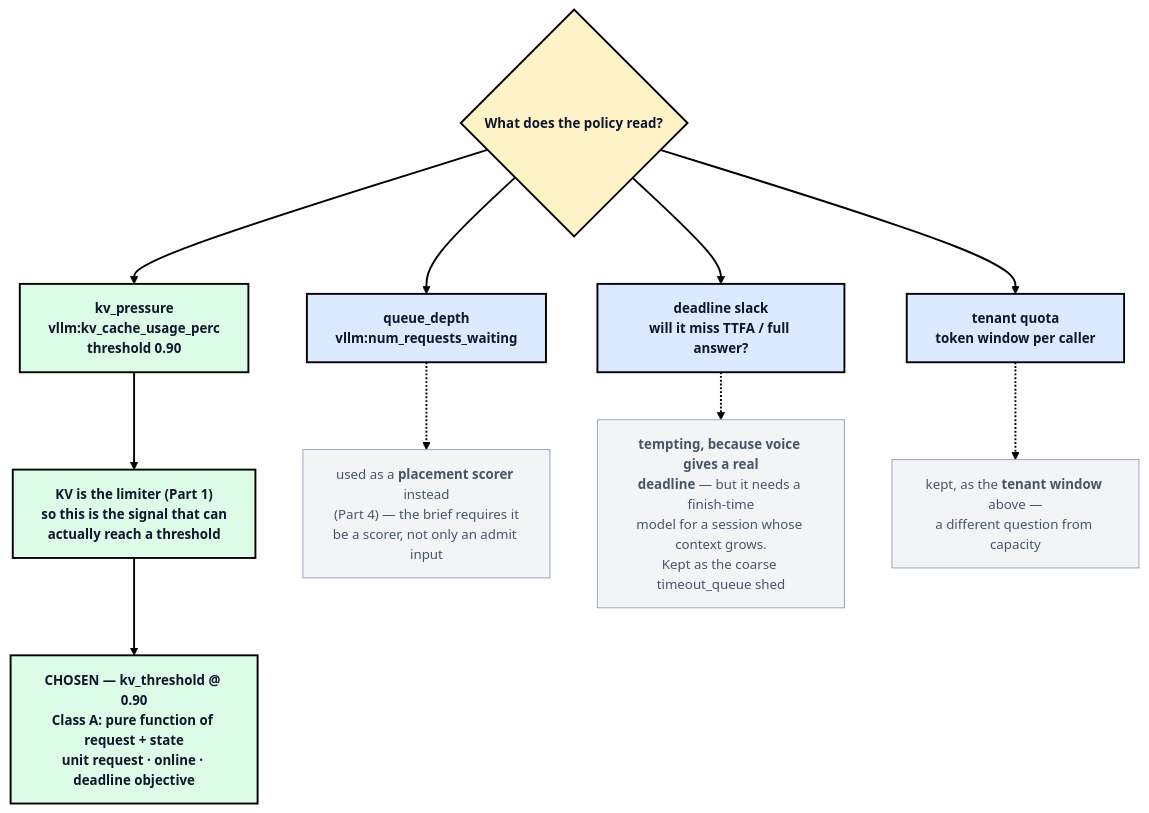
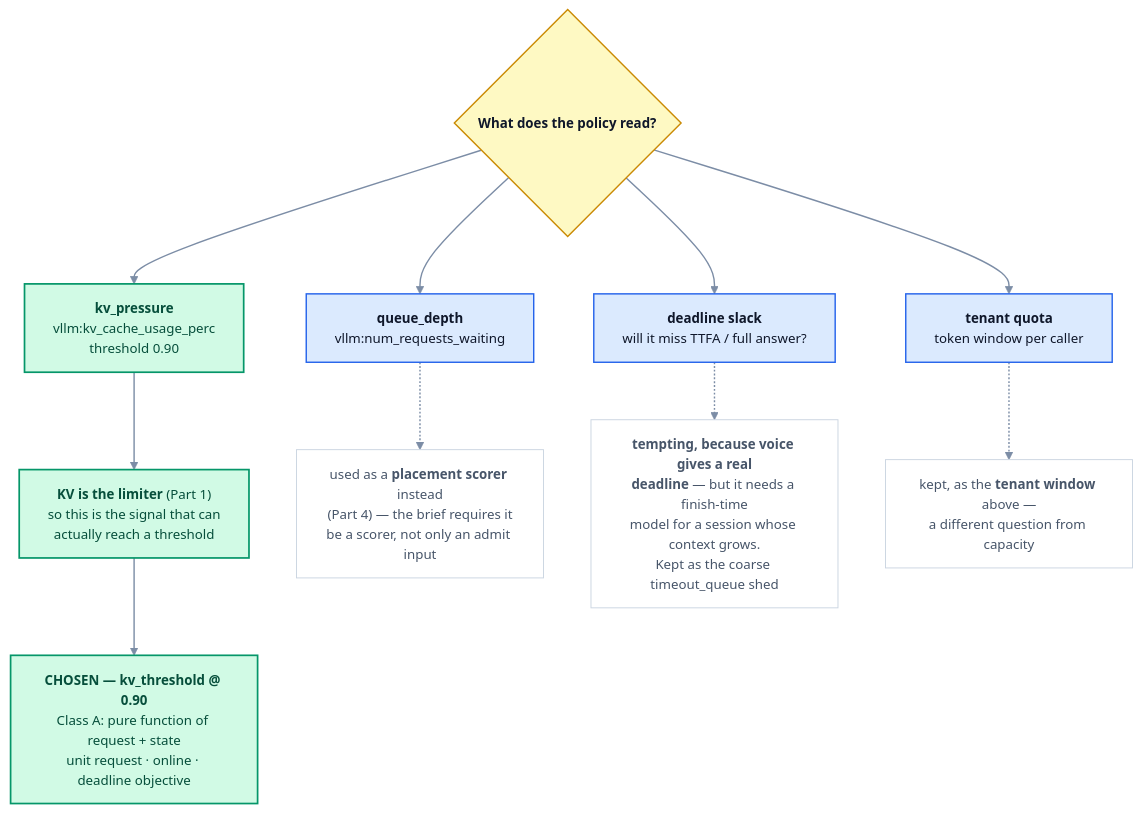
Before and after one commit to harshuljain13/Dodona: the fifth of 7 diagrams in SUBMISSION.md, drawn with Mermaid. The commit also changed other lines of this file and 15 other files, not shown here.

````diff
--- a/SUBMISSION.md
+++ b/SUBMISSION.md
@@ -543,32 +604,51 @@
 ```mermaid
-%%{init: {'theme':'base','themeVariables':{'fontFamily':'Inter, Segoe UI, Helvetica Neue, Arial, sans-serif','fontSize':'14px','lineColor':'#000000','clusterBkg':'#ffffff','clusterBorder':'#94a3b8'}}}%%
+%%{init: {'theme':'base','themeVariables':{
+  'fontFamily':'ui-sans-serif, -apple-system, Segoe UI, Inter, Helvetica, Arial, sans-serif','fontSize':'14px',
+  'primaryColor':'#eff6ff','primaryTextColor':'#0f172a','primaryBorderColor':'#94a3b8',
+  'secondaryColor':'#f1f5f9','tertiaryColor':'#f8fafc',
+  'lineColor':'#7c8da6','textColor':'#1e293b',
+  'clusterBkg':'#f8fafc','clusterBorder':'#cbd5e1',
+  'edgeLabelBackground':'#ffffff','nodeBorder':'#94a3b8'
+}}}%%
 flowchart TD
     S{"<b>What does the policy read?</b>"}
     KV["<b>kv_pressure</b><br/>vllm:kv_cache_usage_perc<br/>threshold 0.90"]
     QD["<b>queue_depth</b><br/>vllm:num_requests_waiting"]
     DL["<b>deadline slack</b><br/>will it miss TTFA / full answer?"]
     TQ["<b>tenant quota</b><br/>token window per caller"]
 
     KVY["<b>KV is the limiter</b> (Part 1)<br/>so this is the signal that can<br/>actually reach a threshold"]
     QDX["used as a <b>placement scorer</b> instead<br/>(Part 4) — the brief requires it<br/>be a scorer, not only an admit input"]
     DLX["<b>tempting, because voice gives a real<br/>deadline</b> — but it needs a finish-time<br/>model for a session whose context grows.<br/>Kept as the coarse timeout_queue shed"]
     TQX["kept, as the <b>tenant window</b> above —<br/>a different question from capacity"]
 
     FIN["<b>CHOSEN — kv_threshold @ 0.90</b><br/>Class A: pure function of request + state<br/>unit request · online · deadline objective"]
 
     S --> KV & QD & DL & TQ
     KV --> KVY ==> FIN
     QD -.-> QDX
     DL -.-> DLX
     TQ -.-> TQX
 
     class KV,KVY,FIN pick
     class S gate
     class QD,TQ,DL alt
     class QDX,DLX,TQX note
-    classDef pick fill:#dcfce7,stroke:#000000,stroke-width:2px,color:#0f172a,font-weight:bold
-    classDef gate fill:#fef3c7,stroke:#000000,stroke-width:2px,color:#0f172a,font-weight:bold
-    classDef alt fill:#dbeafe,stroke:#000000,stroke-width:2px,color:#0f172a,font-weight:bold
-    classDef note fill:#f3f4f6,stroke:#94a3b8,stroke-width:1px,color:#475569
-    linkStyle default stroke:#000000,stroke-width:2px
+
+    classDef primary   fill:#dbeafe,stroke:#2563eb,stroke-width:1.5px,color:#0f172a
+    classDef secondary fill:#d1fae5,stroke:#059669,stroke-width:1.5px,color:#0f172a
+    classDef accent    fill:#ede9fe,stroke:#7c3aed,stroke-width:1.5px,color:#0f172a
+    classDef decision  fill:#fef9c3,stroke:#ca8a04,stroke-width:1.5px,color:#0f172a
+    classDef gate      fill:#fef9c3,stroke:#ca8a04,stroke-width:1.5px,color:#0f172a
+    classDef data      fill:#ffedd5,stroke:#ea580c,stroke-width:1.5px,color:#0f172a
+    classDef neutral   fill:#f1f5f9,stroke:#64748b,stroke-width:1.5px,color:#0f172a
+    classDef success   fill:#ccfbf1,stroke:#0d9488,stroke-width:1.5px,color:#0f172a
+    classDef out       fill:#ccfbf1,stroke:#0d9488,stroke-width:1.5px,color:#0f172a
+    classDef input     fill:#fce7f3,stroke:#db2777,stroke-width:1.5px,color:#0f172a
+    classDef highlight fill:#e0e7ff,stroke:#4f46e5,stroke-width:1.5px,color:#0f172a
+    classDef pick      fill:#d1fae5,stroke:#059669,stroke-width:1.8px,color:#064e3b
+    classDef alt       fill:#dbeafe,stroke:#2563eb,stroke-width:1.5px,color:#0f172a
+    classDef dead      fill:#fee2e2,stroke:#dc2626,stroke-width:1.5px,color:#7f1d1d
+    classDef note      fill:#ffffff,stroke:#cbd5e1,stroke-width:1px,color:#475569
+    linkStyle default stroke:#7c8da6,stroke-width:1.5px
 ```
````
